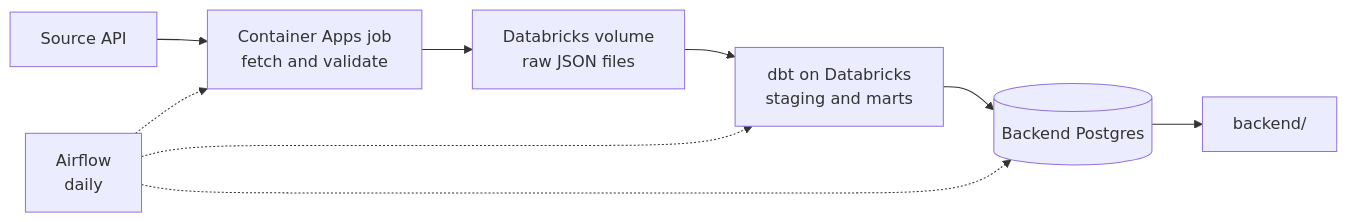
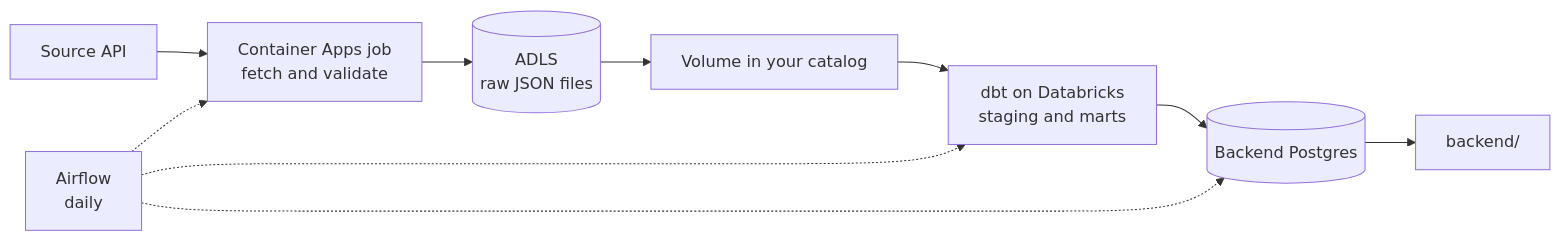
One commit to HackYourFuture/final-project-template changed the diagram in data/README.md. Above: the diagram before and after it, drawn with Mermaid. The commit also changed other lines of this file and 12 other files, not shown here.

First line of the commit message:
feat(data): land raw files in the team's own ADLS, provisioned by bicep

````diff
--- a/data/README.md
+++ b/data/README.md
@@ -10,11 +10,12 @@
 ```mermaid
 flowchart LR
     API["Source API"] --> ACA["Container Apps job<br/>fetch and validate"]
-    ACA --> VOL["Databricks volume<br/>raw JSON files"]
+    ACA --> ADLS[("ADLS<br/>raw JSON files")]
+    ADLS --> VOL["Volume in your catalog"]
     VOL --> DBT["dbt on Databricks<br/>staging and marts"]
     DBT --> PG[("Backend Postgres")]
     PG --> BE["backend/"]
     AF["Airflow<br/>daily"] -.-> ACA
     AF -.-> DBT
     AF -.-> PG
 ```
````
